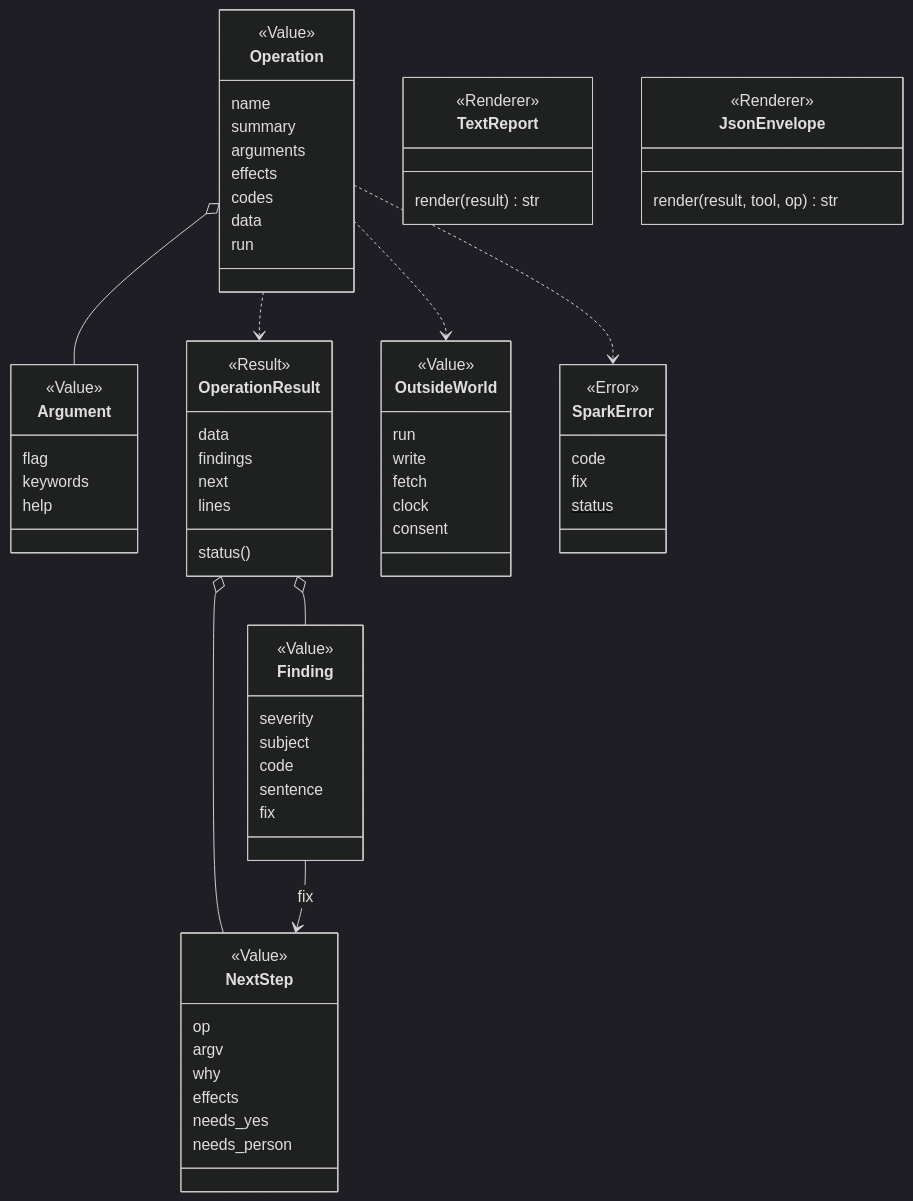
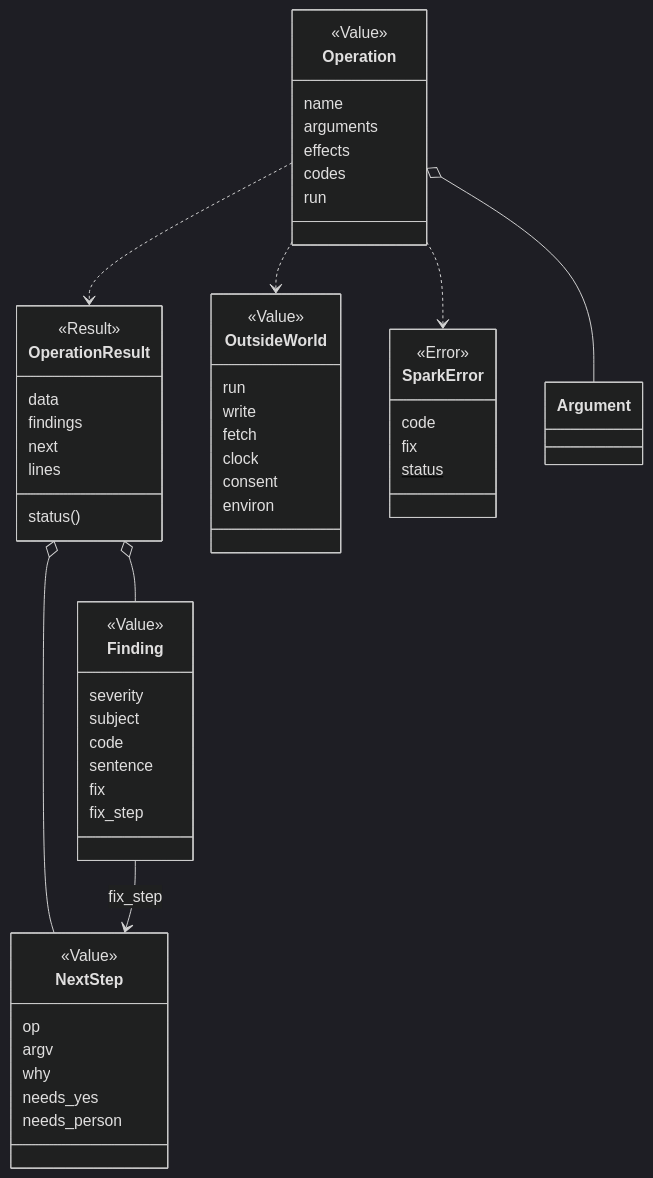
Before and after one commit to xmejkal/spark: the first of 2 diagrams in docs/discovery/2026-10-19-p323-target-architecture/architecture/areas/core.md, drawn with Mermaid (dark theme). The commit also changed other lines of this file and 13 other files, not shown here.

````diff
--- a/docs/discovery/2026-10-19-p323-target-architecture/architecture/areas/core.md
+++ b/docs/discovery/2026-10-19-p323-target-architecture/architecture/areas/core.md
@@ -53,73 +36,58 @@
 ```mermaid
 classDiagram
   class Operation {
     <<Value>>
     name
-    summary
     arguments
     effects
     codes
-    data
     run
-  }
-  class Argument {
-    <<Value>>
-    flag
-    keywords
-    help
   }
   class OperationResult {
     <<Result>>
     data
     findings
     next
     lines
     status()
   }
   class Finding {
     <<Value>>
     severity
     subject
     code
     sentence
     fix
+    fix_step
   }
   class NextStep {
     <<Value>>
     op
     argv
     why
-    effects
     needs_yes
     needs_person
   }
   class OutsideWorld {
     <<Value>>
     run
     write
     fetch
     clock
     consent
+    environ
   }
   class SparkError {
     <<Error>>
     code
     fix
     status$
   }
-  class TextReport {
-    <<Renderer>>
-    render(result) str
-  }
-  class JsonEnvelope {
-    <<Renderer>>
-    render(result, tool, op) str
-  }
   Operation o-- Argument
   Operation ..> OperationResult
   OperationResult o-- Finding
   OperationResult o-- NextStep
-  Finding --> NextStep : fix
+  Finding --> NextStep : fix_step
   Operation ..> OutsideWorld
   Operation ..> SparkError
 ```
````
